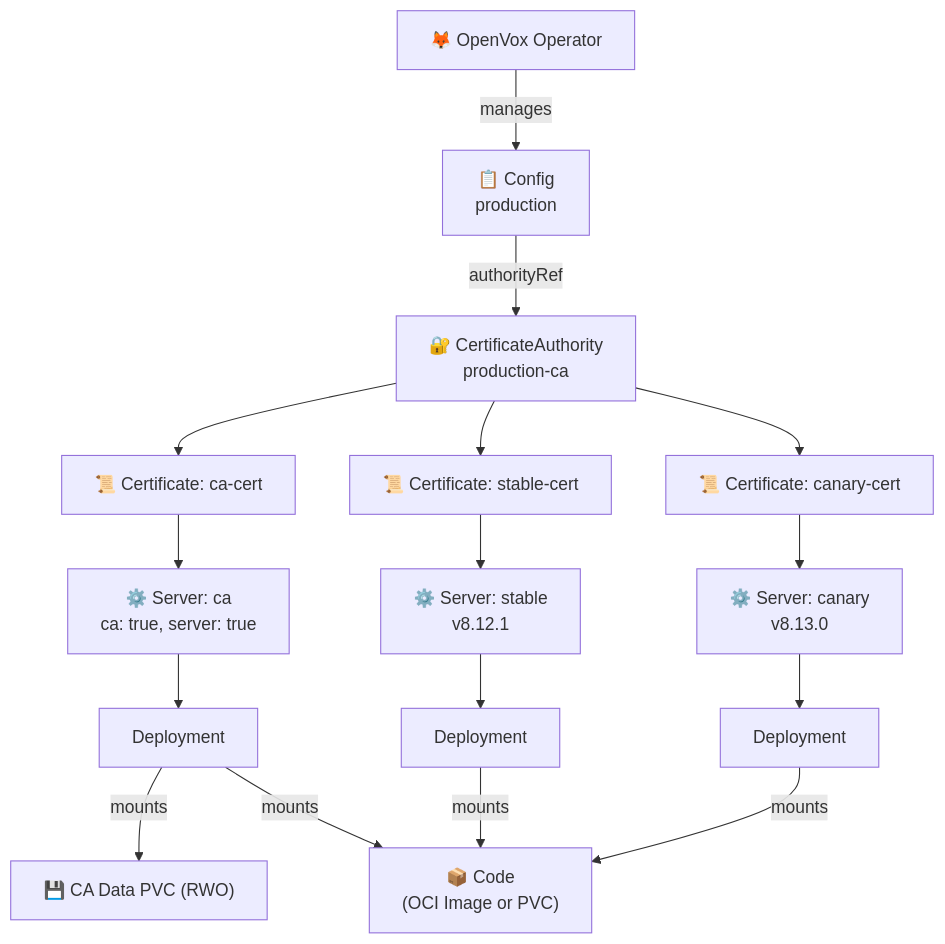
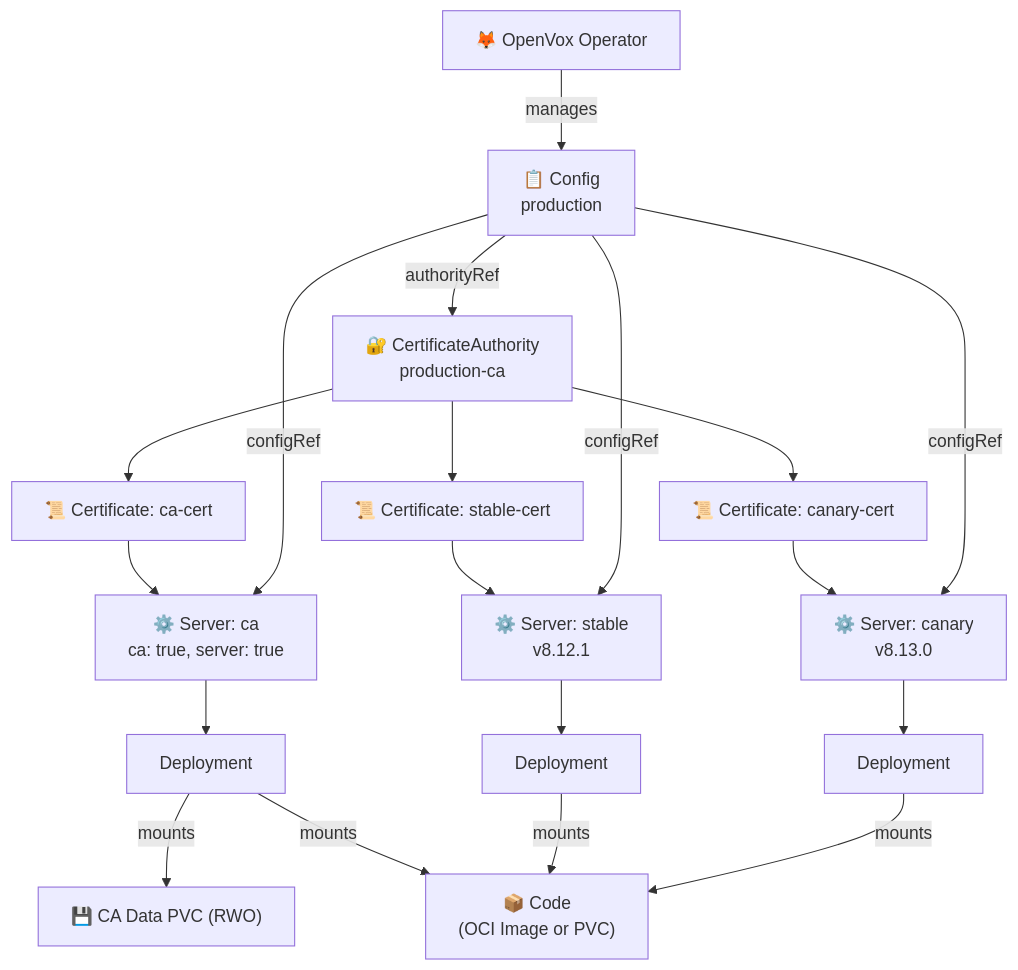
One commit to slauger/openvox-operator changed the first of 3 diagrams in README.md. Above: the diagram before and after it, drawn with Mermaid.

Commit message:
docs: add missing configRef edges to README architecture diagram
The diagram showed no relationship between Config and Servers.
Add configRef arrows to reflect that each Server references its Config.

````diff
--- a/README.md
+++ b/README.md
@@ -29,24 +29,28 @@
 ```mermaid
 graph TD
     Op["🦊 OpenVox Operator"]
     Op -->|manages| Cfg
 
     Cfg["📋 Config<br/>production"]
     Cfg -->|authorityRef| CA_CRD["🔐 CertificateAuthority<br/>production-ca"]
     CA_CRD --> Cert_CA["📜 Certificate: ca-cert"]
     CA_CRD --> Cert_Stable["📜 Certificate: stable-cert"]
     CA_CRD --> Cert_Canary["📜 Certificate: canary-cert"]
 
     Cert_CA --> CA["⚙️ Server: ca<br/>ca: true, server: true"]
     Cert_Stable --> Stable["⚙️ Server: stable<br/>v8.12.1"]
     Cert_Canary --> Canary["⚙️ Server: canary<br/>v8.13.0"]
 
+    Cfg -->|configRef| CA
+    Cfg -->|configRef| Stable
+    Cfg -->|configRef| Canary
+
     CA --> CA_D["Deployment"]
     Stable --> ST_D["Deployment"]
     Canary --> CN_D["Deployment"]
 
     CA_D -->|mounts| CA_PVC["💾 CA Data PVC (RWO)"]
     CA_D -->|mounts| Code["📦 Code<br/>(OCI Image or PVC)"]
     ST_D -->|mounts| Code
     CN_D -->|mounts| Code
 ```
````
